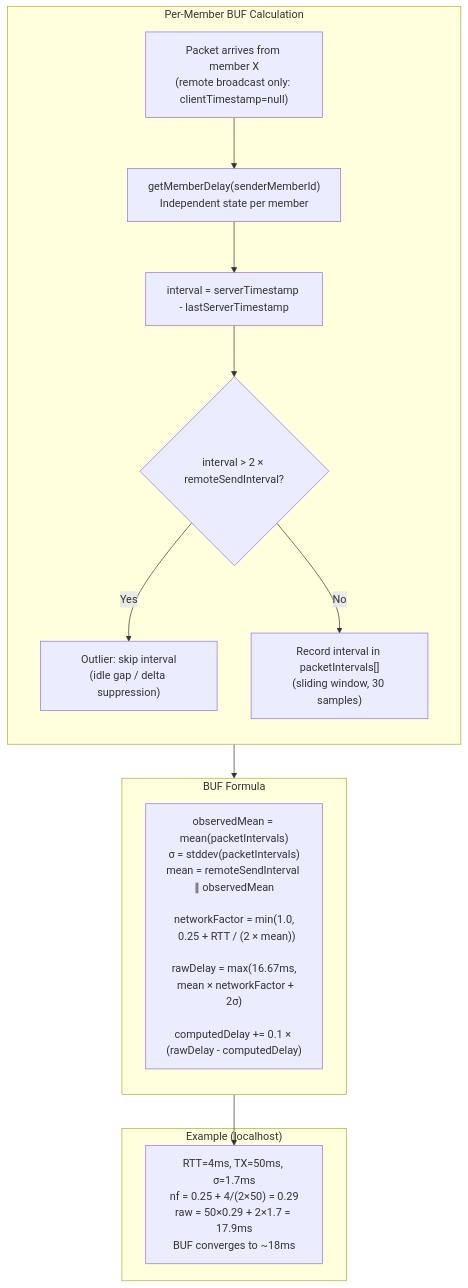
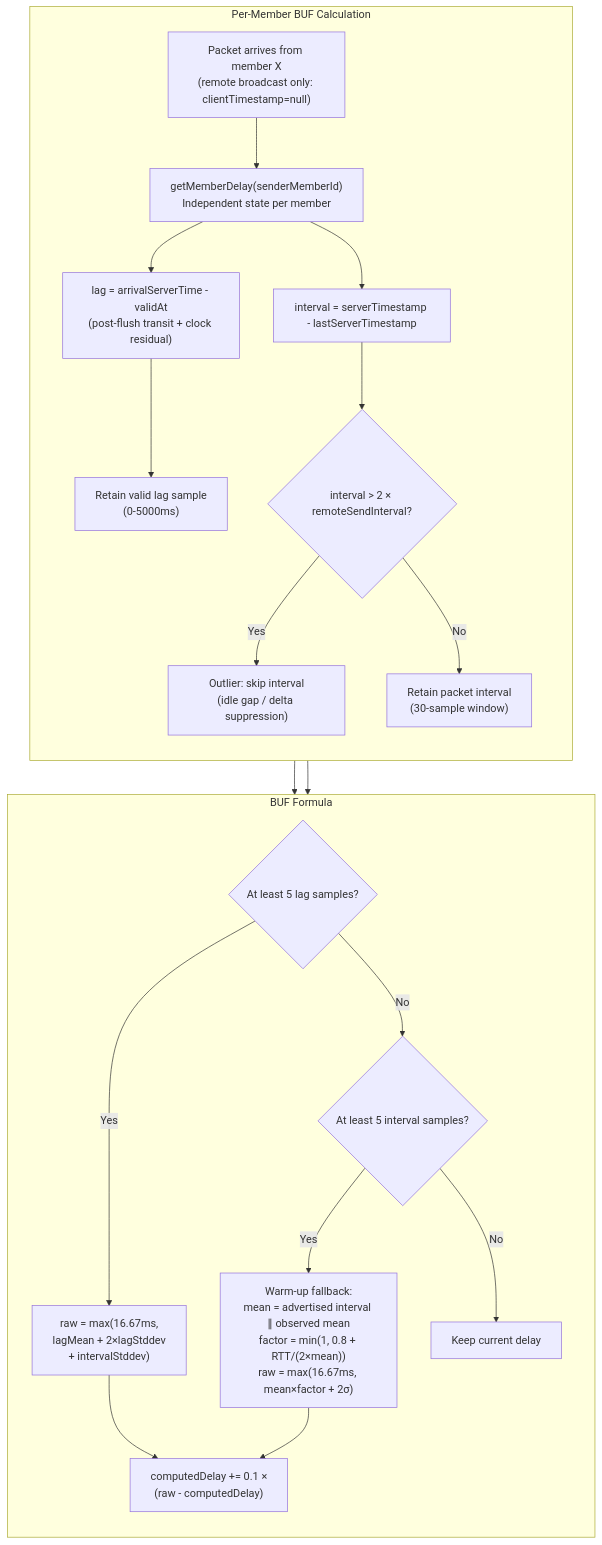
Diagram 23 of 36 in ARCHITECTURE.md (badvoidstar/astervoids), drawn with Mermaid before and after one commit. The commit also changed other lines of this file and 2 other files, not shown here.

````diff
--- a/ARCHITECTURE.md
+++ b/ARCHITECTURE.md
@@ -821,30 +830,41 @@
 ```mermaid
 flowchart TB
     subgraph "Per-Member BUF Calculation"
         direction TB
         PKT["Packet arrives from member X<br/>(remote broadcast only: clientTimestamp=null)"]
         MEM["getMemberDelay(senderMemberId)<br/>Independent state per member"]
+        LAG["lag = arrivalServerTime - validAt<br/>(post-flush transit + clock residual)"]
+        LAGREC["Retain valid lag sample<br/>(0-5000ms)"]
         INT["interval = serverTimestamp - lastServerTimestamp"]
         OUT{"interval > 2 × remoteSendInterval?"}
         SKIP["Outlier: skip interval<br/>(idle gap / delta suppression)"]
-        REC["Record interval in packetIntervals[]<br/>(sliding window, 30 samples)"]
+        INTREC["Retain packet interval<br/>(30-sample window)"]
 
         PKT --> MEM
+        MEM --> LAG
+        LAG --> LAGREC
         MEM --> INT
         INT --> OUT
         OUT -->|Yes| SKIP
-        OUT -->|No| REC
+        OUT -->|No| INTREC
     end
 
     subgraph "BUF Formula"
         direction TB
-        CALC["observedMean = mean(packetIntervals)<br/>σ = stddev(packetIntervals)<br/>mean = remoteSendInterval ∥ observedMean<br/><br/>networkFactor = min(1.0,<br/>  0.25 + RTT / (2 × mean))<br/><br/>rawDelay = max(16.67ms,<br/>  mean × networkFactor + 2σ)<br/><br/>computedDelay += 0.1 × (rawDelay - computedDelay)"]
+        READY{"At least 5 lag samples?"}
+        WARMREADY{"At least 5 interval samples?"}
+        LAGCALC["raw = max(16.67ms,<br/>lagMean + 2×lagStddev<br/>+ intervalStddev)"]
+        WARM["Warm-up fallback:<br/>mean = advertised interval ∥ observed mean<br/>factor = min(1, 0.8 + RTT/(2×mean))<br/>raw = max(16.67ms, mean×factor + 2σ)"]
+        HOLD["Keep current delay"]
+        EMA2["computedDelay += 0.1 ×<br/>(raw - computedDelay)"]
+        READY -->|Yes| LAGCALC
+        READY -->|No| WARMREADY
+        WARMREADY -->|Yes| WARM
+        WARMREADY -->|No| HOLD
+        LAGCALC --> EMA2
+        WARM --> EMA2
     end
 
-    subgraph "Example (localhost)"
-        EX["RTT=4ms, TX=50ms, σ=1.7ms<br/>nf = 0.25 + 4/(2×50) = 0.29<br/>raw = 50×0.29 + 2×1.7 = 17.9ms<br/>BUF converges to ~18ms"]
-    end
-
-    REC --> CALC
-    CALC --> EX
+    LAGREC --> READY
+    INTREC --> READY
 ```
````
